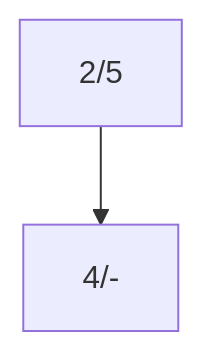
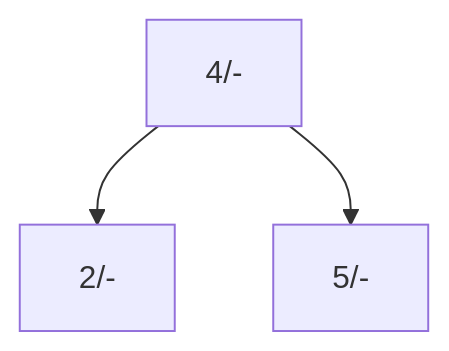
The second of 8 diagrams in Lab3/Lab3_B-Tree_Exercise.md (chdonncha/Advanced-Databases), drawn with Mermaid before and after one commit. The commit also changed other lines of this file and 1 other file, not shown here.

````diff
--- a/Lab3/Lab3_B-Tree_Exercise.md
+++ b/Lab3/Lab3_B-Tree_Exercise.md
@@ -14,4 +14,5 @@
 ```{mermaid}
   graph TD
-    2/5 --> 4/-
+    4/- --> 2/-
+    4/- --> 5/-
 ```
````
